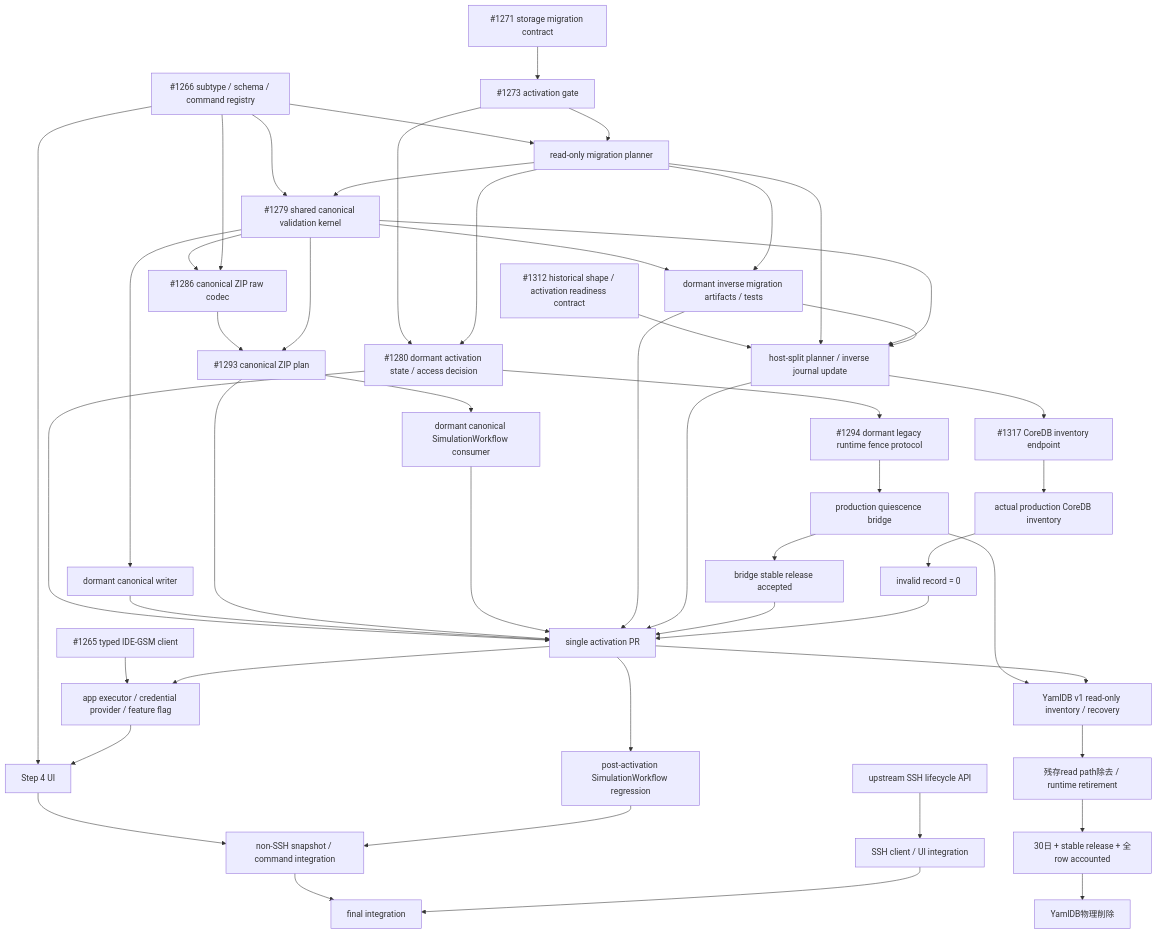
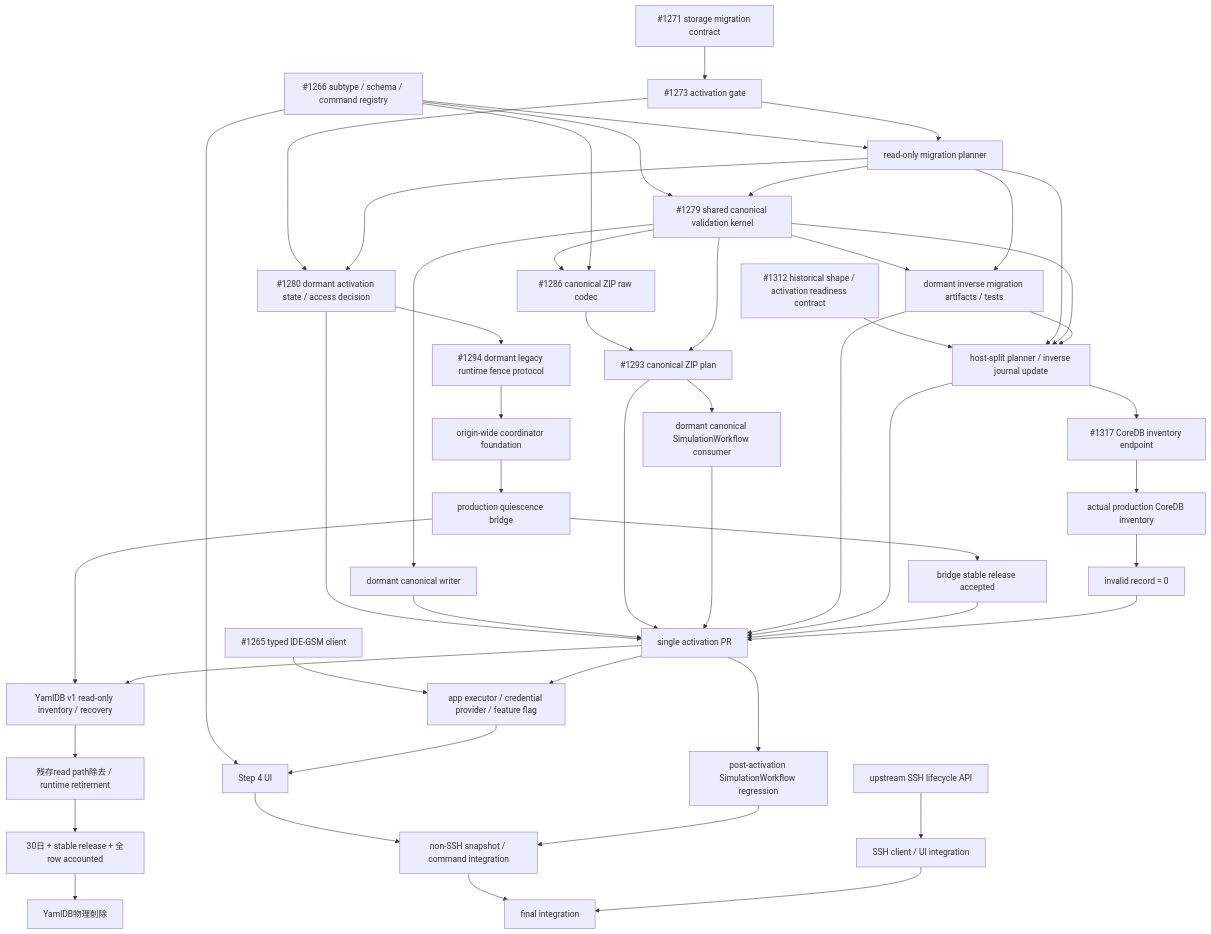
The first of 2 diagrams in docs/yaml-plugin-ide-gsm-step4-spec.md (kubohiroya/hierarchidb), drawn with Mermaid before and after one commit. The commit also changed other lines of this file and 40 other files, not shown here.

Commit message:
feat(app): add origin-wide coordinator foundation

````diff
--- a/docs/yaml-plugin-ide-gsm-step4-spec.md
+++ b/docs/yaml-plugin-ide-gsm-step4-spec.md
@@ -469,53 +483,54 @@
 ```mermaid
 graph TD
   Registry["#1266 subtype / schema / command registry"] --> Planner["read-only migration planner"]
   Registry --> Validation["#1279 shared canonical validation kernel"]
   Contract["#1271 storage migration contract"] --> ActivationContract["#1273 activation gate"]
   HistoricalContract["#1312 historical shape / activation readiness contract"] --> PlannerUpdate["host-split planner / inverse journal update"]
   ActivationContract --> Planner
   Planner --> Validation
   Planner --> PlannerUpdate
   Validation --> PlannerUpdate
   Validation --> DormantWriter["dormant canonical writer"]
   Validation --> RawSnapshotCodec["#1286 canonical ZIP raw codec"]
   RawSnapshotCodec --> DormantSnapshotIO["#1293 canonical ZIP plan"]
   Validation --> DormantSnapshotIO
   DormantSnapshotIO --> DormantSimulation["dormant canonical SimulationWorkflow consumer"]
   Validation --> InverseArtifacts["dormant inverse migration artifacts / tests"]
   Planner --> InverseArtifacts["dormant inverse migration artifacts / tests"]
   ActivationContract --> ActivationState["#1280 dormant activation state / access decision"]
   Planner --> ActivationState
   ActivationState --> WriterFence["#1294 dormant legacy runtime fence protocol"]
-  WriterFence --> QuiescenceBridge["production quiescence bridge"]
+  WriterFence --> OriginCoordinator["origin-wide coordinator foundation"]
+  OriginCoordinator --> QuiescenceBridge["production quiescence bridge"]
   QuiescenceBridge --> BridgeRelease["bridge stable release accepted"]
   PlannerUpdate --> CoreInventoryEndpoint["#1317 CoreDB inventory endpoint"]
   CoreInventoryEndpoint --> CoreInventory["actual production CoreDB inventory"]
   CoreInventory --> InventoryAccepted["invalid record = 0"]
   ActivationState --> Activation["single activation PR"]
   DormantWriter --> Activation["single activation PR"]
   DormantSnapshotIO --> Activation
   DormantSimulation --> Activation
   InverseArtifacts --> Activation
   InverseArtifacts --> PlannerUpdate
   PlannerUpdate --> Activation
   BridgeRelease --> Activation
   InventoryAccepted --> Activation
   Registry --> RawSnapshotCodec
   Registry --> Step4["Step 4 UI"]
   Client["#1265 typed IDE-GSM client"] --> Executor["app executor / credential provider / feature flag"]
   Activation --> Executor
   Executor --> Step4
   Activation --> SimulationRegression["post-activation SimulationWorkflow regression"]
   Step4 --> NonSshIntegration["non-SSH snapshot / command integration"]
   SimulationRegression --> NonSshIntegration
 
   QuiescenceBridge --> LegacyRecovery["YamlDB v1 read-only inventory / recovery"]
   Activation --> LegacyRecovery
   LegacyRecovery --> RemoveYamlReads["残存read path除去 / runtime retirement"]
   RemoveYamlReads --> RetentionGate["30日 + stable release + 全row accounted"]
   RetentionGate --> DeleteYamlDB["YamlDB物理削除"]
 
   UpstreamSsh["upstream SSH lifecycle API"] --> SshIntegration["SSH client / UI integration"]
   NonSshIntegration --> FinalIntegration["final integration"]
   SshIntegration --> FinalIntegration
 ```
````
